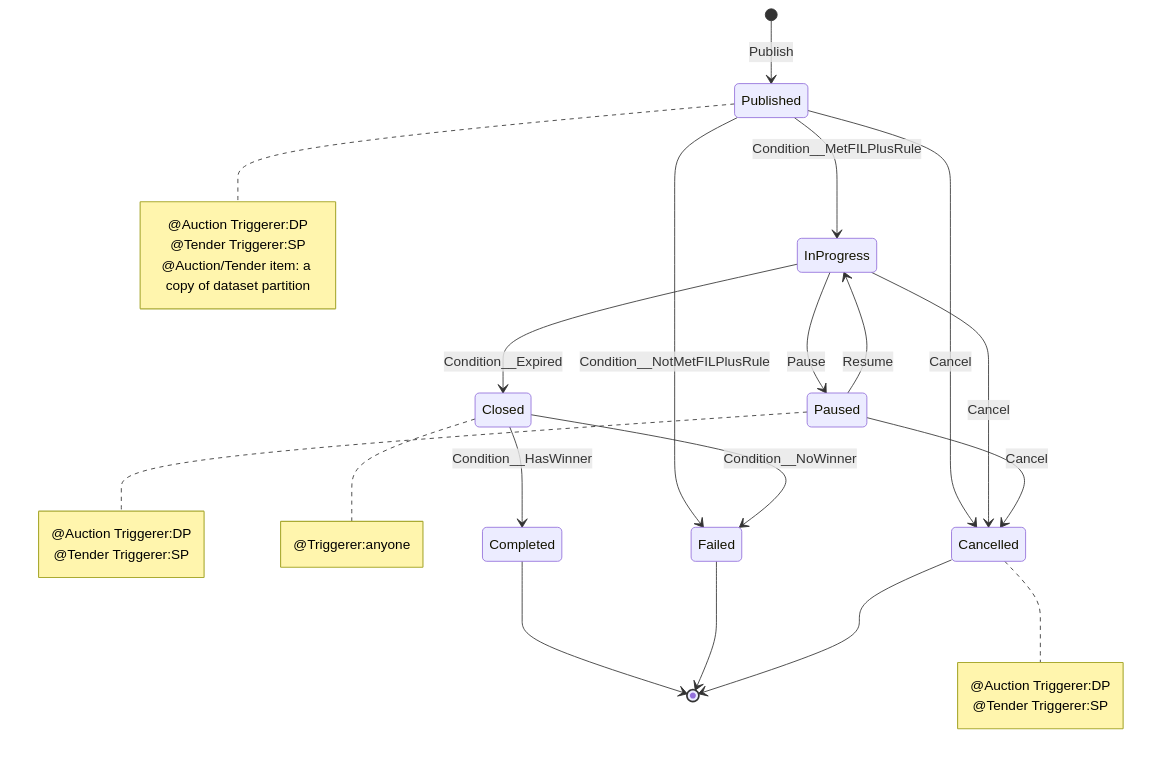
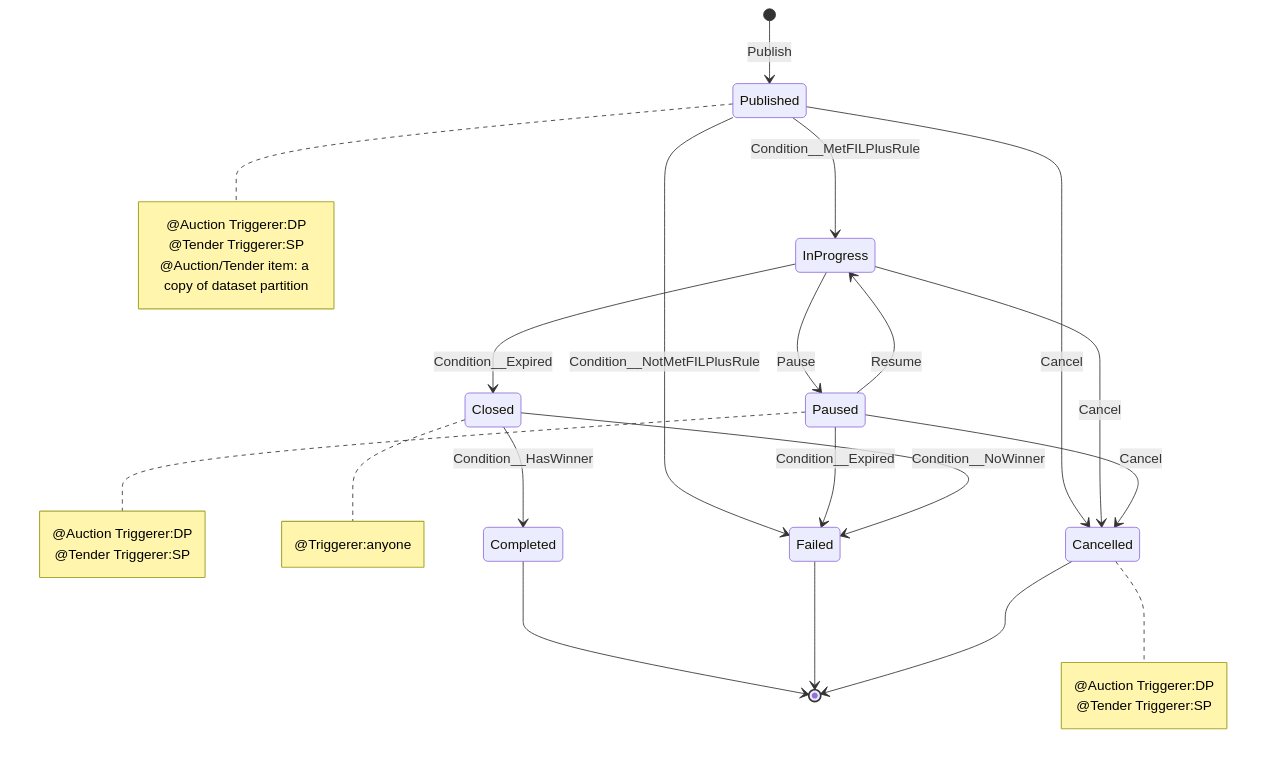
The second of 3 diagrams in systems/README.md (dataswap/specs), drawn with Mermaid before and after one commit. The commit also changed other lines of this file, not shown here.

````diff
--- a/systems/README.md
+++ b/systems/README.md
@@ -137,34 +137,35 @@
 ```mermaid
 stateDiagram
     [*]          --> Published:Publish
     Published    --> InProgress:Condition__MetFILPlusRule
     Published    --> Failed:Condition__NotMetFILPlusRule
     InProgress   --> Paused:Pause
     Paused       --> InProgress:Resume
+    Paused       --> Failed:Condition__Expired
     Published    --> Cancelled:Cancel
     InProgress   --> Cancelled:Cancel
     Paused       --> Cancelled:Cancel
     InProgress   --> Closed:Condition__Expired
     Closed       --> Failed:Condition__NoWinner
     Closed       --> Completed:Condition__HasWinner
     Completed    --> [*]
     Failed       --> [*]
     Cancelled    --> [*] 
 
     note right of Published
       @Auction Triggerer:DP
       @Tender Triggerer:SP
       @Auction/Tender item: a copy of dataset partition
     end note
     note right of Paused
       @Auction Triggerer:DP
       @Tender Triggerer:SP
     end note
     note right of Cancelled 
       @Auction Triggerer:DP
       @Tender Triggerer:SP
     end note
     note right of Closed
       @Triggerer:anyone
     end note
 ```
````
